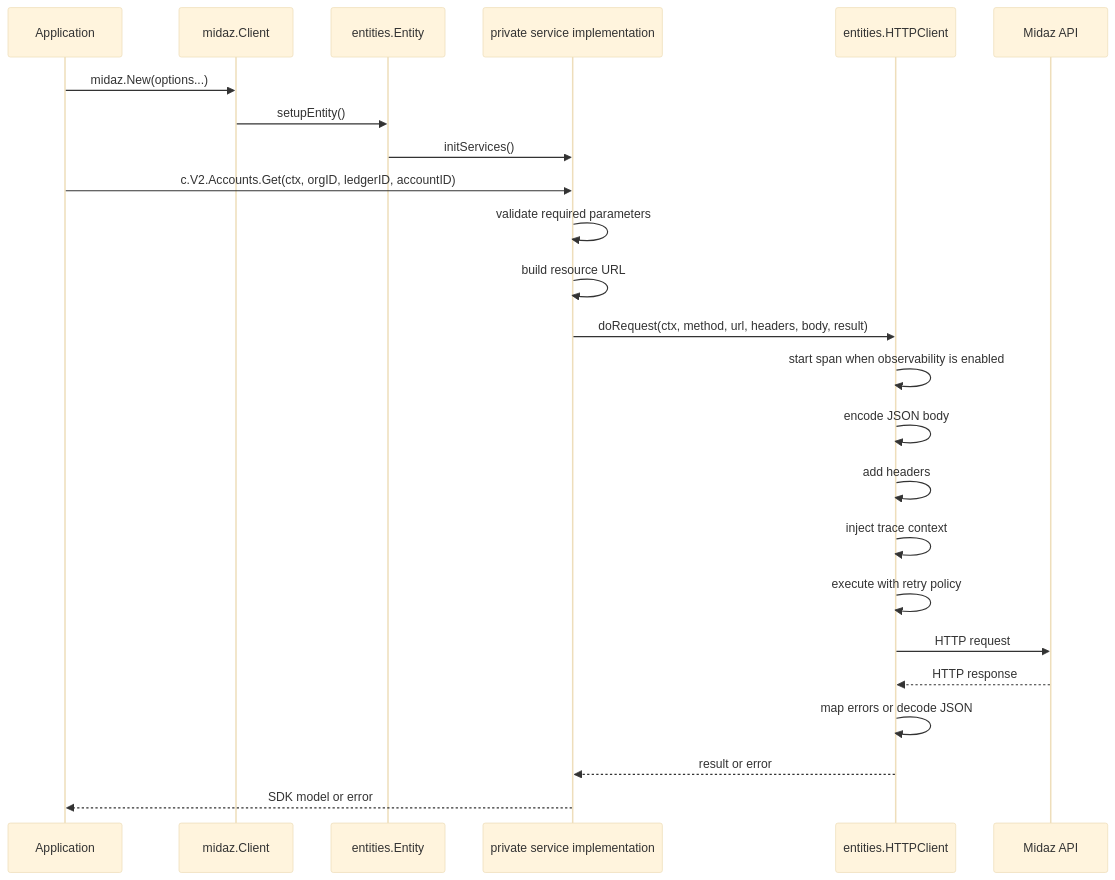
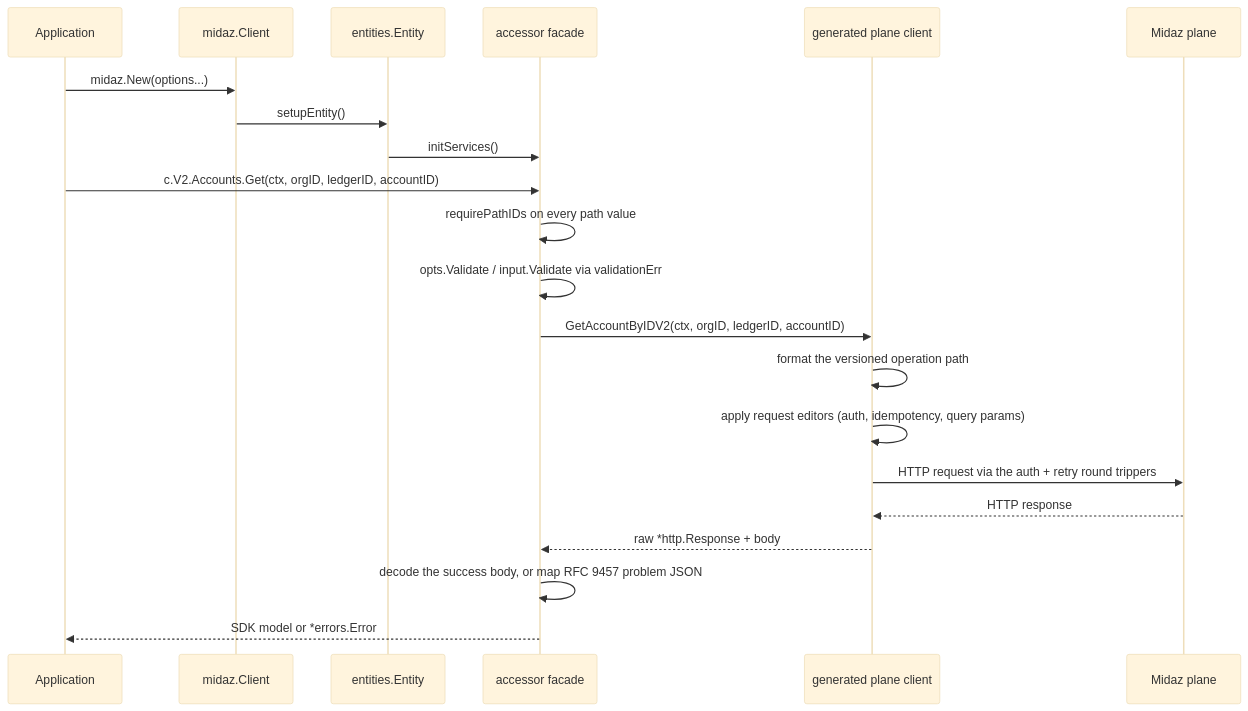
The third of 3 diagrams in docs/comprehensive-architecture.md (LerianStudio/midaz-sdk-golang), drawn with Mermaid (base theme) before and after one commit. The commit also changed other lines of this file and 12 other files, not shown here.

First line of the commit message:
docs: align architecture, pagination and example docs with the shipped surface

````diff
--- a/docs/comprehensive-architecture.md
+++ b/docs/comprehensive-architecture.md
@@ -360,28 +366,25 @@
 ```mermaid
 sequenceDiagram
     participant App as Application
     participant Client as midaz.Client
     participant Entity as entities.Entity
-    participant Service as private service implementation
-    participant HTTP as entities.HTTPClient
-    participant API as Midaz API
+    participant Facade as accessor facade
+    participant Gen as generated plane client
+    participant API as Midaz plane
 
     App->>Client: midaz.New(options...)
     Client->>Entity: setupEntity()
-    Entity->>Service: initServices()
+    Entity->>Facade: initServices()
 
-    App->>Service: c.V2.Accounts.Get(ctx, orgID, ledgerID, accountID)
-    Service->>Service: validate required parameters
-    Service->>Service: build resource URL
-    Service->>HTTP: doRequest(ctx, method, url, headers, body, result)
-    HTTP->>HTTP: start span when observability is enabled
-    HTTP->>HTTP: encode JSON body
-    HTTP->>HTTP: add headers
-    HTTP->>HTTP: inject trace context
-    HTTP->>HTTP: execute with retry policy
-    HTTP->>API: HTTP request
-    API-->>HTTP: HTTP response
-    HTTP->>HTTP: map errors or decode JSON
-    HTTP-->>Service: result or error
-    Service-->>App: SDK model or error
+    App->>Facade: c.V2.Accounts.Get(ctx, orgID, ledgerID, accountID)
+    Facade->>Facade: requirePathIDs on every path value
+    Facade->>Facade: opts.Validate / input.Validate via validationErr
+    Facade->>Gen: GetAccountByIDV2(ctx, orgID, ledgerID, accountID)
+    Gen->>Gen: format the versioned operation path
+    Gen->>Gen: apply request editors (auth, idempotency, query params)
+    Gen->>API: HTTP request via the auth + retry round trippers
+    API-->>Gen: HTTP response
+    Gen-->>Facade: raw *http.Response + body
+    Facade->>Facade: decode the success body, or map RFC 9457 problem JSON
+    Facade-->>App: SDK model or *errors.Error
 ```
````
